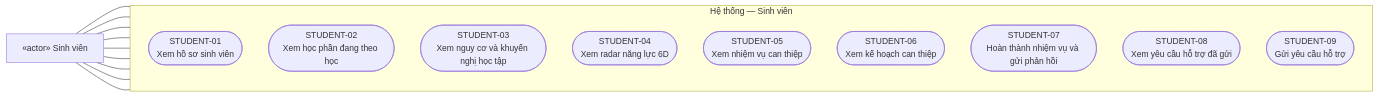
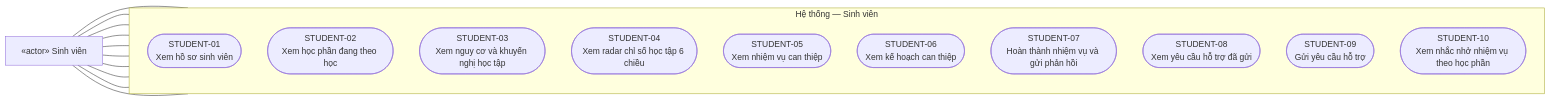
Before and after one commit to phantrongnguyen/personalized-learning: the third of 8 diagrams in database/use_case_diagram.md, drawn with Mermaid. The commit also changed other lines of this file and 8 other files, not shown here.

First line of the commit message:
docs(database): refresh schema dictionary and use case diagrams

````diff
--- a/database/use_case_diagram.md
+++ b/database/use_case_diagram.md
@@ -119,25 +128,27 @@
 ```mermaid
 flowchart LR
     A["«actor» Sinh viên"]
     subgraph SYS["Hệ thống — Sinh viên"]
         direction TB
         U1(["STUDENT-01<br/>Xem hồ sơ sinh viên"])
         U2(["STUDENT-02<br/>Xem học phần đang theo học"])
         U3(["STUDENT-03<br/>Xem nguy cơ và khuyến nghị học tập"])
-        U4(["STUDENT-04<br/>Xem radar năng lực 6D"])
+        U4(["STUDENT-04<br/>Xem radar chỉ số học tập 6 chiều"])
         U5(["STUDENT-05<br/>Xem nhiệm vụ can thiệp"])
         U6(["STUDENT-06<br/>Xem kế hoạch can thiệp"])
         U7(["STUDENT-07<br/>Hoàn thành nhiệm vụ và gửi phản hồi"])
         U8(["STUDENT-08<br/>Xem yêu cầu hỗ trợ đã gửi"])
         U9(["STUDENT-09<br/>Gửi yêu cầu hỗ trợ"])
+        U10(["STUDENT-10<br/>Xem nhắc nhở nhiệm vụ theo học phần"])
     end
     A --- U1
     A --- U2
     A --- U3
     A --- U4
     A --- U5
     A --- U6
     A --- U7
     A --- U8
     A --- U9
+    A --- U10
 ```
````
